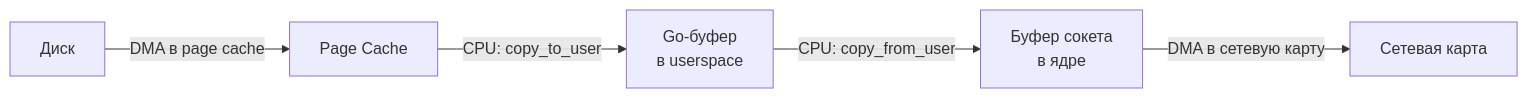
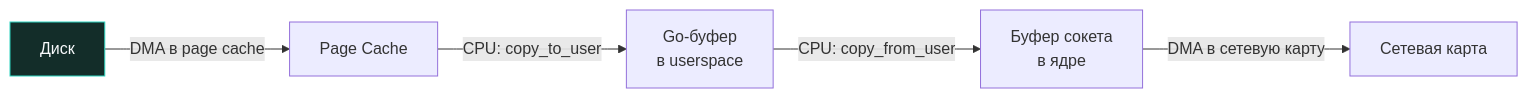
One commit to UnrealTemplier/go-textbook changed the first of 3 diagrams in sources/16. Профилирование, отладка и производительность/07. IO и системный уровень/5. Zero copy подходы.md. Above: the diagram before and after it, drawn with Mermaid. The commit also changed other lines of this file and 1666 other files, not shown here.

First line of the commit message:
feat(mermaid): add semantic color classDef to 1369 colorless flowchart/graph diagrams

````diff
--- a/sources/16. Профилирование, отладка и производительность/07. IO и системный уровень/5. Zero copy подходы.md
+++ b/sources/16. Профилирование, отладка и производительность/07. IO и системный уровень/5. Zero copy подходы.md
@@ -24,7 +24,17 @@
 ```mermaid
 flowchart LR
-    Disk["Диск"] -->|"DMA в page cache"| PC["Page Cache"]
+    classDef process  fill:#1e293b,stroke:#38bdf8,stroke-width:1px,color:#f8fafc
+    classDef success  fill:#064e3b,stroke:#34d399,stroke-width:1px,color:#f8fafc
+    classDef error    fill:#7f1d1d,stroke:#f87171,stroke-width:1px,color:#f8fafc
+    classDef warning  fill:#78350f,stroke:#fbbf24,stroke-width:1px,color:#f8fafc
+    classDef entry    fill:#1e3a5f,stroke:#38bdf8,stroke-width:2px,color:#f8fafc
+    classDef aux      fill:#334155,stroke:#64748b,stroke-width:1px,color:#f8fafc
+    classDef system   fill:#312e81,stroke:#a78bfa,stroke-width:1px,color:#f8fafc
+    classDef data     fill:#132d29,stroke:#2dd4bf,stroke-width:1px,color:#f8fafc
+    classDef network  fill:#881337,stroke:#fb7185,stroke-width:1px,color:#f8fafc
+    classDef accent   fill:#1e1b4b,stroke:#818cf8,stroke-width:1px,color:#f8fafc
+    Disk["Диск"]:::data -->|"DMA в page cache"| PC["Page Cache"]
     PC -->|"CPU: copy_to_user"| UserBuf["Go-буфер<br>в userspace"]
     UserBuf -->|"CPU: copy_from_user"| SockBuf["Буфер сокета<br>в ядре"]
     SockBuf -->|"DMA в сетевую карту"| NIC["Сетевая карта"]
 ```
````
